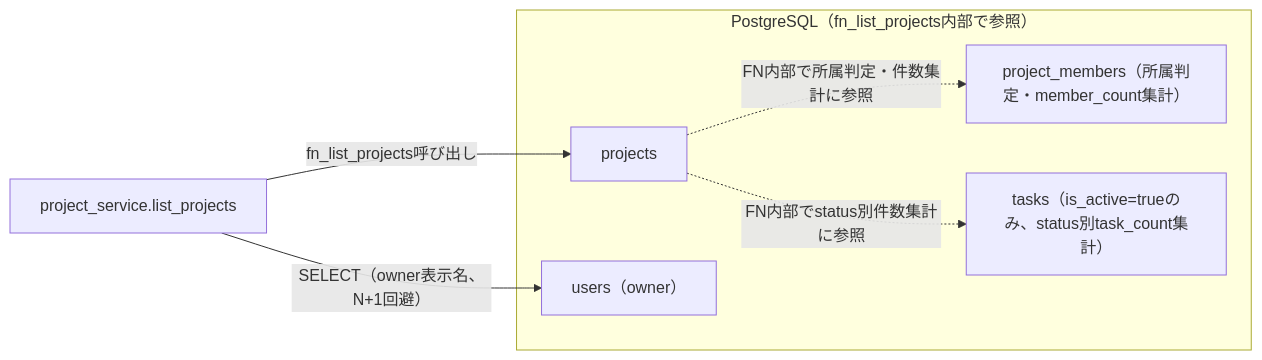
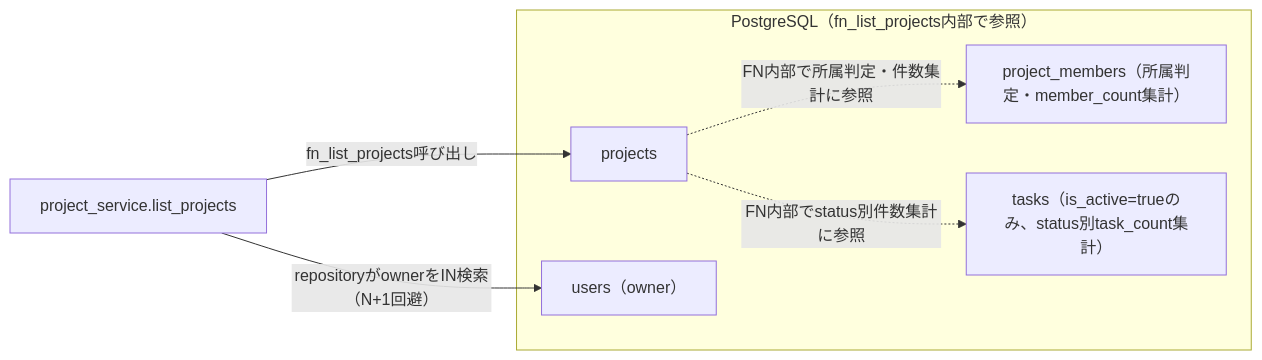
The fourth of 4 diagrams in docs/detailed_design/api/projects/01_get_projects.md (oikawa-d/task_management), drawn with Mermaid before and after one commit. The commit also changed other lines of this file and 8 other files, not shown here.

````diff
--- a/docs/detailed_design/api/projects/01_get_projects.md
+++ b/docs/detailed_design/api/projects/01_get_projects.md
@@ -210,13 +210,13 @@
 ```mermaid
 flowchart LR
     subgraph PG["PostgreSQL（fn_list_projects内部で参照）"]
         T1["projects"]
         T2["project_members（所属判定・member_count集計）"]
         T3["tasks（is_active=trueのみ、status別task_count集計）"]
         T4["users（owner）"]
     end
     S["project_service.list_projects"] -->|"fn_list_projects呼び出し"| T1
     T1 -.->|"FN内部で所属判定・件数集計に参照"| T2
     T1 -.->|"FN内部でstatus別件数集計に参照"| T3
-    S -->|"SELECT（owner表示名、N+1回避）"| T4
+    S -->|"repositoryがownerをIN検索（N+1回避）"| T4
 ```
````
